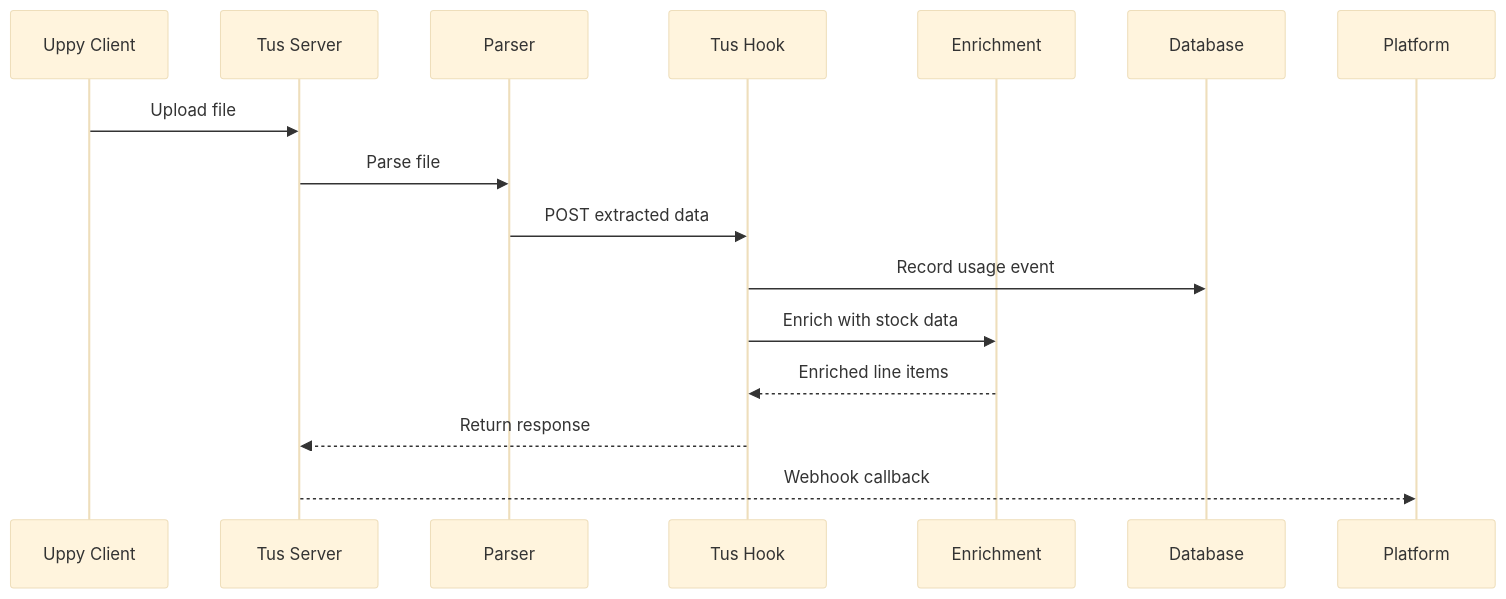
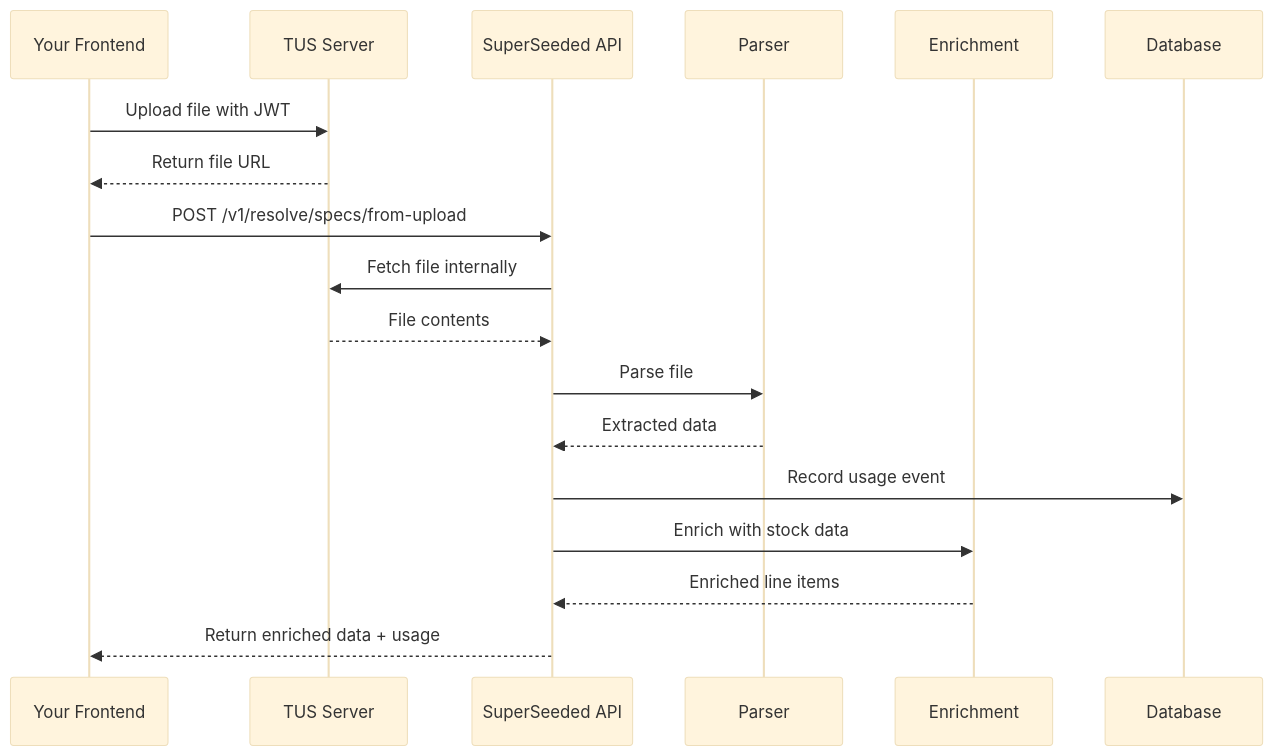
Before and after one commit to superseeded/docs: the diagram in platform-integration/tus-webhook.mdx, drawn with Mermaid (base theme). The commit also changed other lines of this file and 8 other files, not shown here.

First line of the commit message:
Update API documentation to reflect new processing flow and integration details

````diff
--- a/platform-integration/tus-webhook.mdx
+++ b/platform-integration/tus-webhook.mdx
@@ -16,18 +28,21 @@
 ```mermaid
 sequenceDiagram
-    participant U as Uppy Client
-    participant T as Tus Server
+    participant F as Your Frontend
+    participant T as TUS Server
+    participant A as SuperSeeded API
     participant P as Parser
-    participant H as Tus Hook
     participant E as Enrichment
     participant D as Database
     
-    U->>T: Upload file
-    T->>P: Parse file
-    P->>H: POST extracted data
-    H->>D: Record usage event
-    H->>E: Enrich with stock data
-    E-->>H: Enriched line items
-    H-->>T: Return response
-    T-->>Platform: Webhook callback
+    F->>T: Upload file with JWT
+    T-->>F: Return file URL
+    F->>A: POST /v1/resolve/specs/from-upload
+    A->>T: Fetch file internally
+    T-->>A: File contents
+    A->>P: Parse file
+    P-->>A: Extracted data
+    A->>D: Record usage event
+    A->>E: Enrich with stock data
+    E-->>A: Enriched line items
+    A-->>F: Return enriched data + usage
 ```
````
